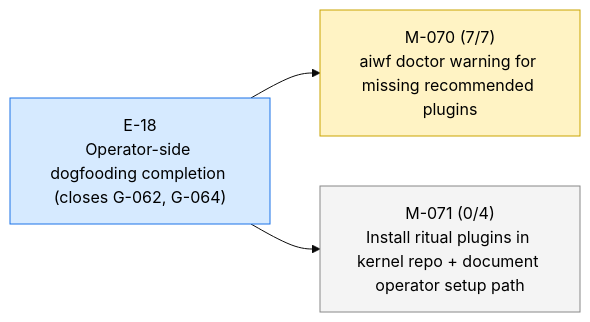
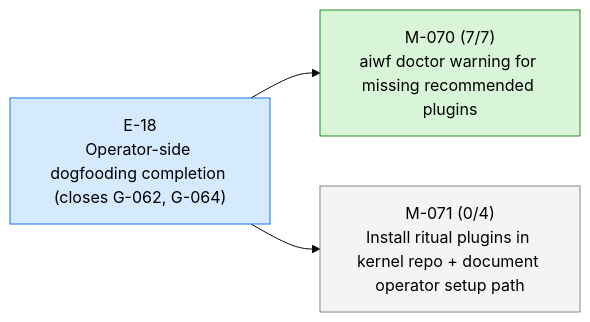
Before and after one commit to 23min/aiwf: the first of 3 diagrams in STATUS.md, drawn with Mermaid (base theme). The commit also changed other lines of this file and 1 other file, not shown here.

First line of the commit message:
aiwf promote M-070 in_progress -> done

````diff
--- a/STATUS.md
+++ b/STATUS.md
@@ -12,14 +12,14 @@
 ```mermaid
 flowchart LR
   E_18["E-18<br/>Operator-side dogfooding completion (closes G-062, G-064)"]:::epic_active
-  M_070["M-070 (7/7)<br/>aiwf doctor warning for missing recommended plugins"]:::ms_in_progress
+  M_070["M-070 (7/7)<br/>aiwf doctor warning for missing recommended plugins"]:::ms_done
   E_18 --> M_070
   M_071["M-071 (0/4)<br/>Install ritual plugins in kernel repo + document operator setup path"]:::ms_draft
   E_18 --> M_071
   classDef epic_active fill:#d6eaff,stroke:#1a73e8,color:#000
   classDef epic_proposed fill:#f4f4f4,stroke:#888,color:#000
   classDef ms_done fill:#d8f5d8,stroke:#2a8a2a,color:#000
   classDef ms_in_progress fill:#fff3c4,stroke:#caa400,color:#000
   classDef ms_draft fill:#f4f4f4,stroke:#888,color:#000
   classDef ms_cancelled fill:#fbeaea,stroke:#c33,color:#000
 ```
````
